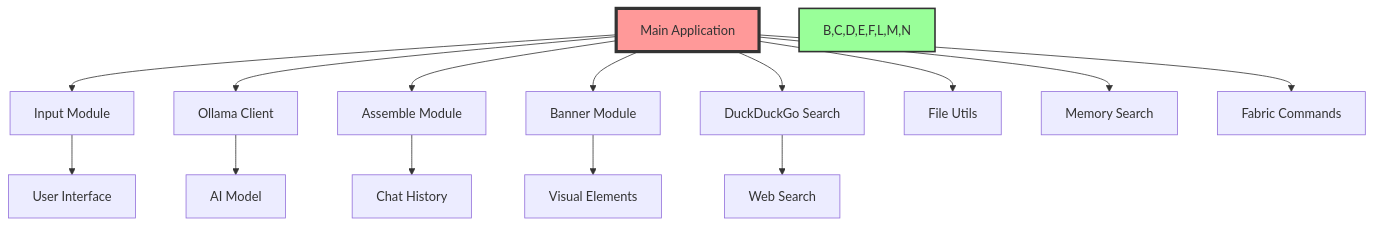
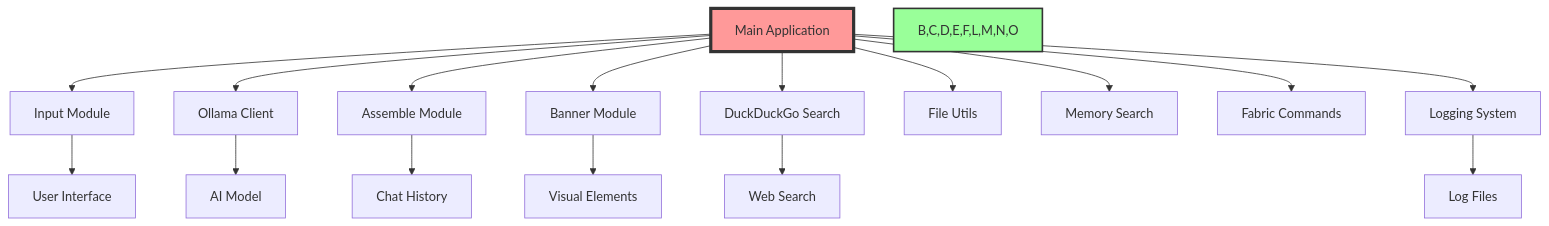
The diagram in docs/architecture_guide.md (MikeyBeez/Ollama_Agents), drawn with Mermaid before and after one commit. The commit also changed other lines of this file, not shown here.

````diff
--- a/docs/architecture_guide.md
+++ b/docs/architecture_guide.md
@@ -28,18 +27,20 @@
 ```mermaid
 graph TD
     A[Main Application] --> B[Input Module]
     A --> C[Ollama Client]
     A --> D[Assemble Module]
     A --> E[Banner Module]
     A --> F[DuckDuckGo Search]
     B --> G[User Interface]
     C --> H[AI Model]
     D --> I[Chat History]
     E --> J[Visual Elements]
     F --> K[Web Search]
     A --> L[File Utils]
     A --> M[Memory Search]
     A --> N[Fabric Commands]
+    A --> O[Logging System]
+    O --> P[Log Files]
     style A fill:#ff9999,stroke:#333,stroke-width:4px
-    style B,C,D,E,F,L,M,N fill:#99ff99,stroke:#333,stroke-width:2px
+    style B,C,D,E,F,L,M,N,O fill:#99ff99,stroke:#333,stroke-width:2px
 ```
````
